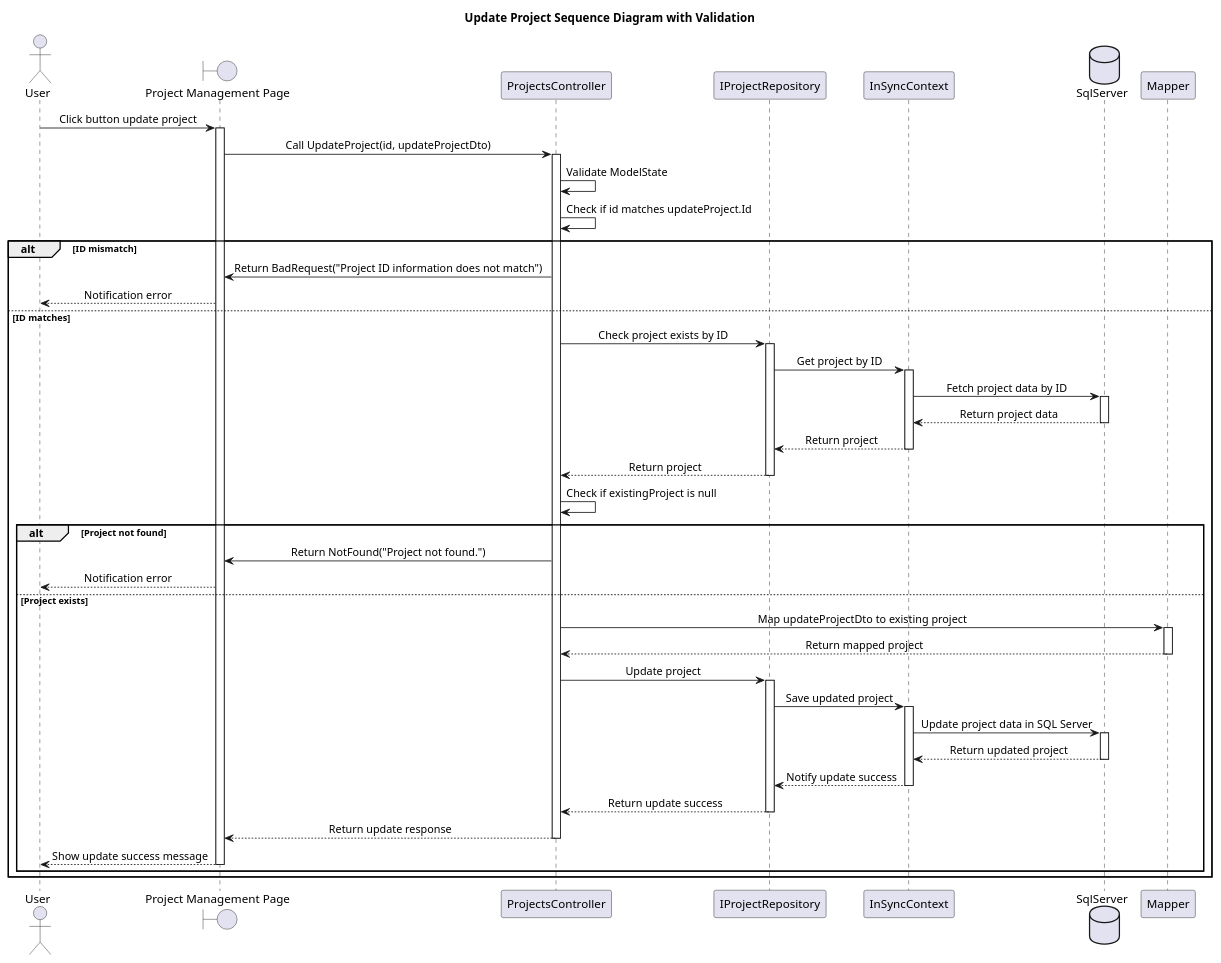
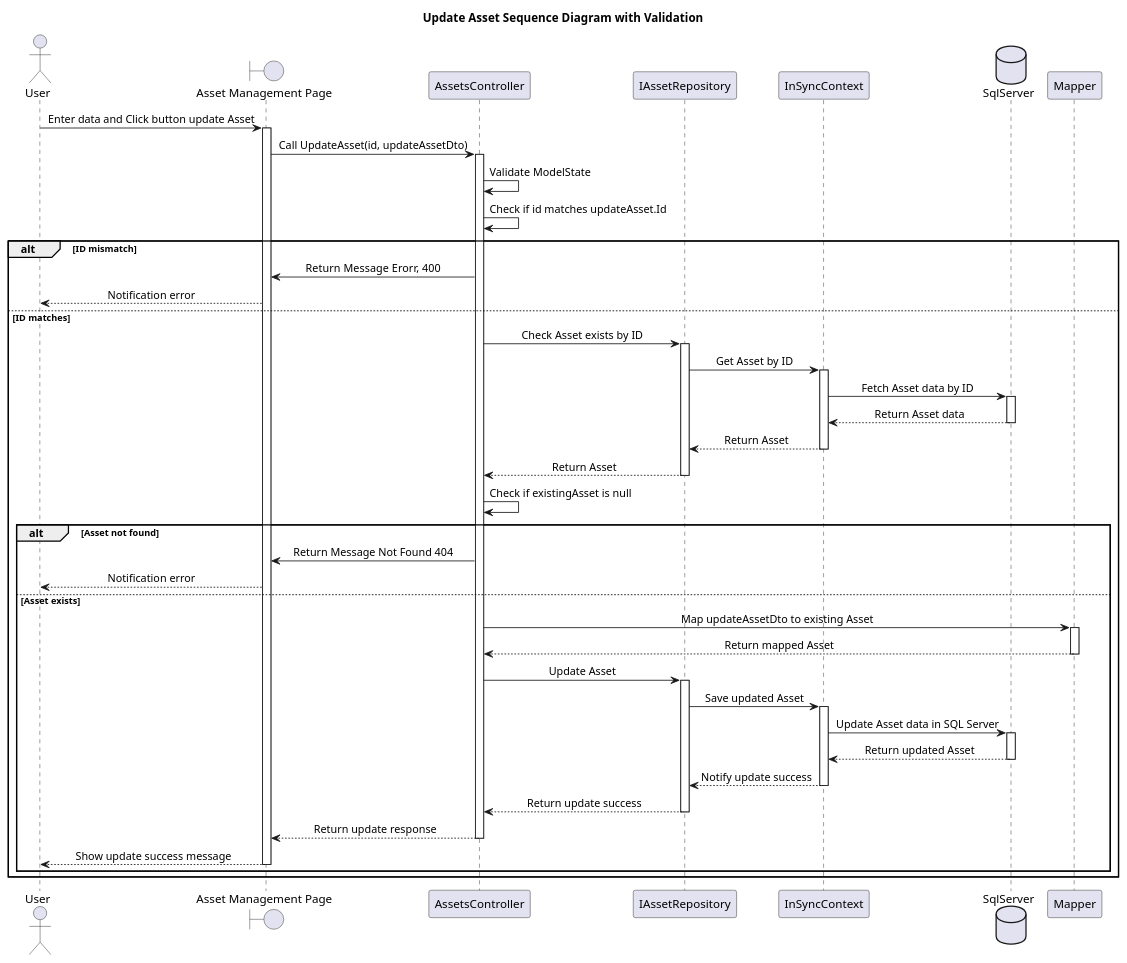
One commit to Caothuludau/InSyncDocument changed the diagram in ClassDiagram/AssetManagement/UpdateAssetSequenceDiagram.plantuml. Above: the diagram before and after it, drawn with PlantUML. The commit also changed 19 other files, not shown here.

```diff
--- a/ClassDiagram/AssetManagement/UpdateAssetSequenceDiagram.plantuml
+++ b/ClassDiagram/AssetManagement/UpdateAssetSequenceDiagram.plantuml
@@ -1,69 +1,69 @@
 @startuml
 skinparam classAttributeIconSize 0
 skinparam SequenceMessageAlignment center
-Title Update Project Sequence Diagram with Validation
+Title Update Asset Sequence Diagram with Validation
 
 actor "User" as U
-boundary "Project Management Page" as Hp
-participant "ProjectsController" as ProController
-participant "IProjectRepository" as IProRepo
+boundary "Asset Management Page" as Hp
+participant "AssetsController" as ProController
+participant "IAssetRepository" as IProRepo
 participant "InSyncContext" as ISContext
 database "SqlServer" as Db
 participant "Mapper" as Mapper
 
-U -> Hp : Click button update project
+U -> Hp : Enter data and Click button update Asset
 activate Hp
 
-Hp -> ProController : Call UpdateProject(id, updateProjectDto)
+Hp -> ProController : Call UpdateAsset(id, updateAssetDto)
 activate ProController
 ProController -> ProController : Validate ModelState
-ProController -> ProController : Check if id matches updateProject.Id
+ProController -> ProController : Check if id matches updateAsset.Id
 alt ID mismatch
-    ProController -> Hp : Return BadRequest("Project ID information does not match")
+    ProController -> Hp : Return Message Erorr, 400
 
     Hp --> U : Notification error   
 else ID matches
-    ProController -> IProRepo : Check project exists by ID
+    ProController -> IProRepo : Check Asset exists by ID
     activate IProRepo
-    IProRepo -> ISContext : Get project by ID
+    IProRepo -> ISContext : Get Asset by ID
     activate ISContext
-    ISContext -> Db : Fetch project data by ID
+    ISContext -> Db : Fetch Asset data by ID
     activate Db
-    Db --> ISContext : Return project data
+    Db --> ISContext : Return Asset data
     deactivate Db
-    ISContext --> IProRepo : Return project
+    ISContext --> IProRepo : Return Asset
     deactivate ISContext
-    IProRepo --> ProController : Return project
+    IProRepo --> ProController : Return Asset
     deactivate IProRepo
 
-    ProController -> ProController : Check if existingProject is null
-    alt Project not found
-        ProController -> Hp : Return NotFound("Project not found.")
+    ProController -> ProController : Check if existingAsset is null
+    alt Asset not found
+        ProController -> Hp : Return Message Not Found 404
         Hp --> U : Notification error
-    else Project exists
-        ProController -> Mapper : Map updateProjectDto to existing project
+    else Asset exists
+        ProController -> Mapper : Map updateAssetDto to existing Asset
         activate Mapper
-        Mapper --> ProController : Return mapped project
+        Mapper --> ProController : Return mapped Asset
         deactivate Mapper
 
-        ProController -> IProRepo : Update project
+        ProController -> IProRepo : Update Asset
         activate IProRepo
-        IProRepo -> ISContext : Save updated project
+        IProRepo -> ISContext : Save updated Asset
         activate ISContext
-        ISContext -> Db : Update project data in SQL Server
+        ISContext -> Db : Update Asset data in SQL Server
         activate Db
-        Db --> ISContext : Return updated project
+        Db --> ISContext : Return updated Asset
         deactivate Db
         ISContext --> IProRepo : Notify update success
         deactivate ISContext
         IProRepo --> ProController : Return update success
         deactivate IProRepo
 
         ProController --> Hp : Return update response
         deactivate ProController
         Hp --> U : Show update success message
         deactivate Hp
     end
 end
 
 @enduml
```
